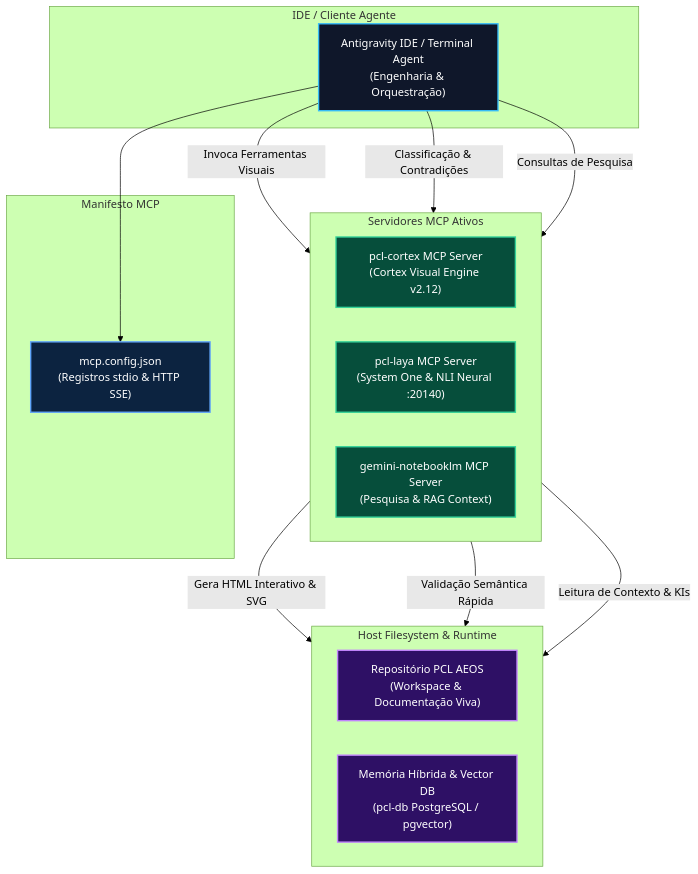
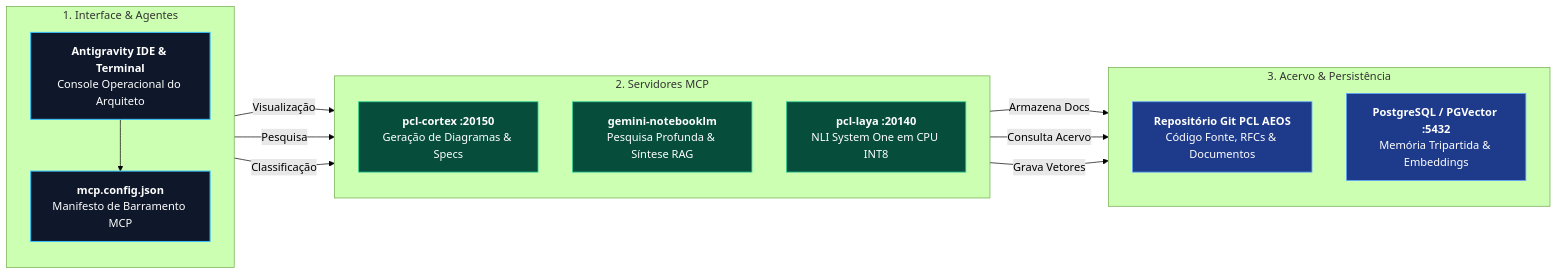
Before and after one commit to EnterDufter/PromptCoreLabs_AEOS: the diagram in projects/Living Architecture PCL AEOS/docs/integrations-mcp/README.md, drawn with Mermaid (forest theme). The commit also changed 8 other files, not shown here.

Commit message:
docs(mermaid): padronizar 15 diagramas calibrados v7 no repo, github pages e skill cortex

````diff
--- a/projects/Living Architecture PCL AEOS/docs/integrations-mcp/README.md
+++ b/projects/Living Architecture PCL AEOS/docs/integrations-mcp/README.md
@@ -21,36 +21,34 @@
 ```mermaid
-graph TD
-    classDef client fill:#0f172a,stroke:#38bdf8,stroke-width:2px,color:#ffffff
-    classDef config fill:#0c2340,stroke:#60a5fa,stroke-width:2px,color:#ffffff
-    classDef server fill:#064e3b,stroke:#34d399,stroke-width:2px,color:#ffffff
-    classDef target fill:#2e1065,stroke:#c084fc,stroke-width:2px,color:#ffffff
+flowchart LR
+    classDef ide fill:#0f172a,stroke:#38bdf8,stroke-width:1.5px,color:#ffffff;
+    classDef srv fill:#064e3b,stroke:#34d399,stroke-width:1.2px,color:#ffffff;
+    classDef db fill:#1e3a8a,stroke:#60a5fa,stroke-width:1.2px,color:#ffffff;
 
-    subgraph ClientLayer["IDE / Cliente Agente"]
-        IDE["Antigravity IDE / Terminal Agent<br/>(Engenharia & Orquestração)"]:::client
+    subgraph Cliente ["1. Interface & Agentes"]
+        direction TB
+        IDE["<b>Antigravity IDE & Terminal</b><br/>Console Operacional do Arquiteto"]:::ide
+        Config["<b>mcp.config.json</b><br/>Manifesto de Barramento MCP"]:::ide
+        IDE --> Config
     end
 
-    subgraph ConfigLayer["Manifesto MCP"]
-        CONF["mcp.config.json<br/>(Registros stdio & HTTP SSE)"]:::config
+    subgraph Servidores ["2. Servidores MCP"]
+        direction TB
+        MCP_Cortex["<b>pcl-cortex :20150</b><br/>Geração de Diagramas & Specs"]:::srv
+        MCP_Ntb["<b>gemini-notebooklm</b><br/>Pesquisa Profunda & Síntese RAG"]:::srv
+        MCP_Laya["<b>pcl-laya :20140</b><br/>NLI System One em CPU INT8"]:::srv
     end
 
-    subgraph MCPServers["Servidores MCP Ativos"]
-        direction LR
-        CX_MCP["pcl-cortex MCP Server<br/>(Cortex Visual Engine v2.12)"]:::server
-        LAYA_MCP["pcl-laya MCP Server<br/>(System One & NLI Neural :20140)"]:::server
-        NLM_MCP["gemini-notebooklm MCP Server<br/>(Pesquisa & RAG Context)"]:::server
+    subgraph Dados ["3. Acervo & Persistência"]
+        direction TB
+        Repo["<b>Repositório Git PCL AEOS</b><br/>Código Fonte, RFCs & Documentos"]:::db
+        PG["<b>PostgreSQL / PGVector :5432</b><br/>Memória Tripartida & Embeddings"]:::db
     end
 
-    subgraph TargetWorkspace["Host Filesystem & Runtime"]
-        direction LR
-        WS["Repositório PCL AEOS<br/>(Workspace & Documentação Viva)"]:::target
-        MEM["Memória Híbrida & Vector DB<br/>(pcl-db PostgreSQL / pgvector)"]:::target
-    end
+    Config -->|"Visualização"| MCP_Cortex
+    Config -->|"Pesquisa"| MCP_Ntb
+    Config -->|"Classificação"| MCP_Laya
 
-    IDE --> CONF
-    IDE -->|Invoca Ferramentas Visuais| CX_MCP
-    IDE -->|Classificação & Contradições| LAYA_MCP
-    IDE -->|Consultas de Pesquisa| NLM_MCP
-    CX_MCP -->|Gera HTML Interativo & SVG| WS
-    LAYA_MCP -->|Validação Semântica Rápida| MEM
-    NLM_MCP -->|Leitura de Contexto & KIs| WS
+    MCP_Cortex -->|"Armazena Docs"| Repo
+    MCP_Ntb -->|"Consulta Acervo"| Repo
+    MCP_Laya -->|"Grava Vetores"| PG
 ```
````
